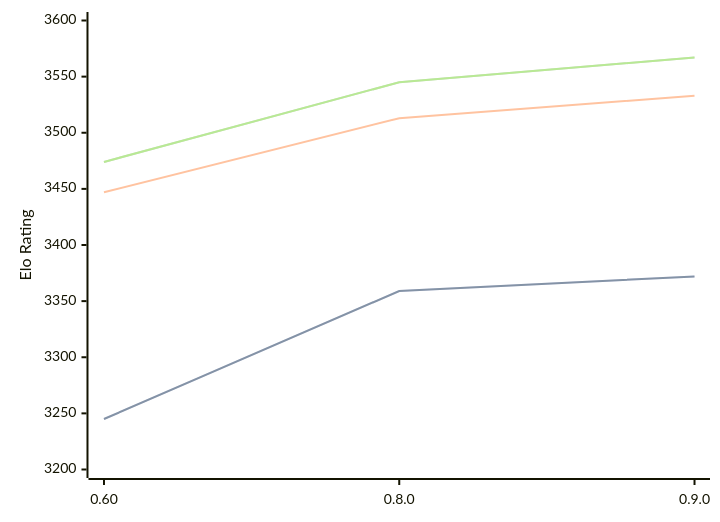
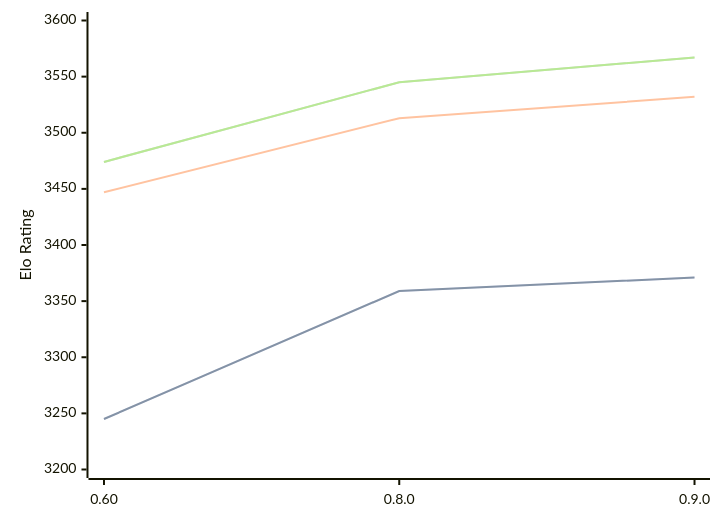
Before and after one commit to computer-chess-index/cci: the diagram in engines/Motor.md, drawn with Mermaid. The commit also changed other lines of this file, not shown here.

Commit message:
Update CCI Ratings (ELO VLTC) - 2026-04-28

````diff
--- a/engines/Motor.md
+++ b/engines/Motor.md
@@ -39,11 +39,11 @@
 ```mermaid
 %%{init: {"theme":"base","themeVariables":{"seriesColors:['#a3a3a3','#222221','#faa371']}}}%%
 xychart-beta
   x-axis ["0.60", "0.8.0", "0.9.0"]
   y-axis "Elo Rating" 3200 --> 3600
-  line "STC (8.0+0.08s)" [3245, 3359, 3372]
-  line "STC (8.0+0.08s)" [3245, 3359, 3372]
-  line "LTC (60.0+0.60s)" [3447, 3513, 3533]
+  line "STC (8.0+0.08s)" [3245, 3359, 3371]
+  line "STC (8.0+0.08s)" [3245, 3359, 3371]
+  line "LTC (60.0+0.60s)" [3447, 3513, 3532]
   line "VLTC (2m24s+1.12s)" [3474, 3545, 3567]
   line "VLTC (2m24s+1.12s)" [3474, 3545, 3567]
 ```
````
